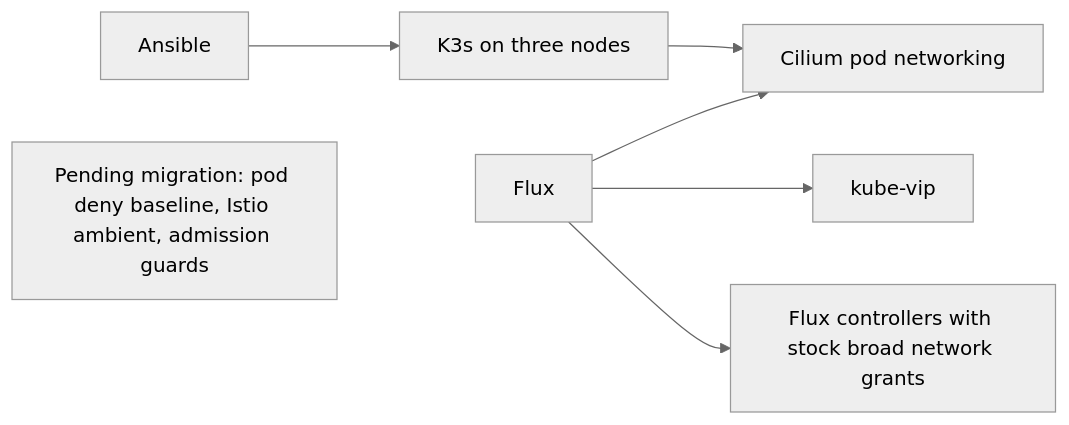
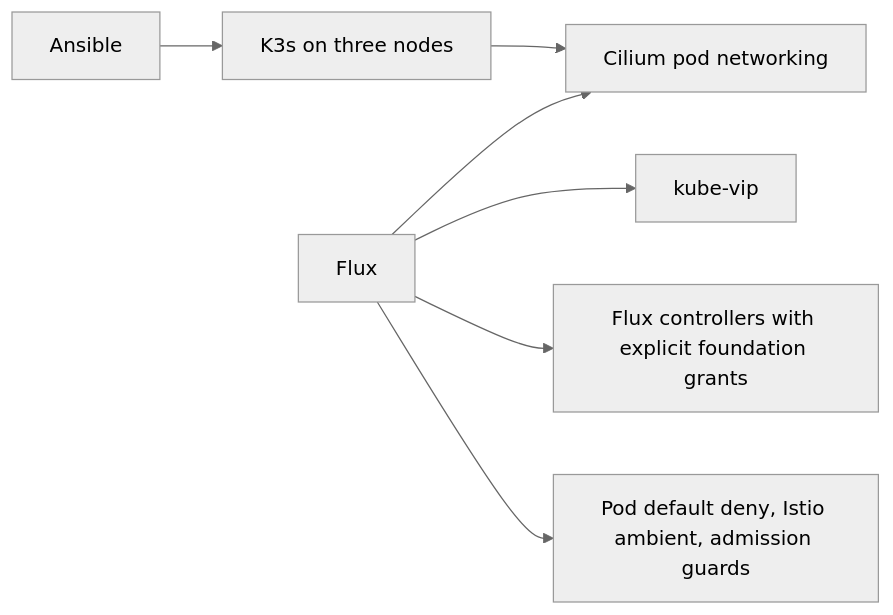
The first of 5 diagrams in docs/architecture/network-security.md (liamawhite/homelab), drawn with Mermaid (neutral theme) before and after one commit. The commit also changed other lines of this file and 2 other files, not shown here.

Commit message:
Record live security rollout and propose continuous verification

````diff
--- a/docs/architecture/network-security.md
+++ b/docs/architecture/network-security.md
@@ -11,9 +13,9 @@
 ```mermaid
 flowchart LR
     Ansible["Ansible"] --> Nodes["K3s on three nodes"]
     Nodes --> Cilium["Cilium pod networking"]
     Flux["Flux"] --> Cilium
     Flux --> VIP["kube-vip"]
-    Flux --> Controllers["Flux controllers with stock broad network grants"]
-    Pending["Pending migration: pod deny baseline, Istio ambient, admission guards"]
+    Flux --> Controllers["Flux controllers with explicit foundation grants"]
+    Flux --> Security["Pod default deny, Istio ambient, admission guards"]
 ```
````
